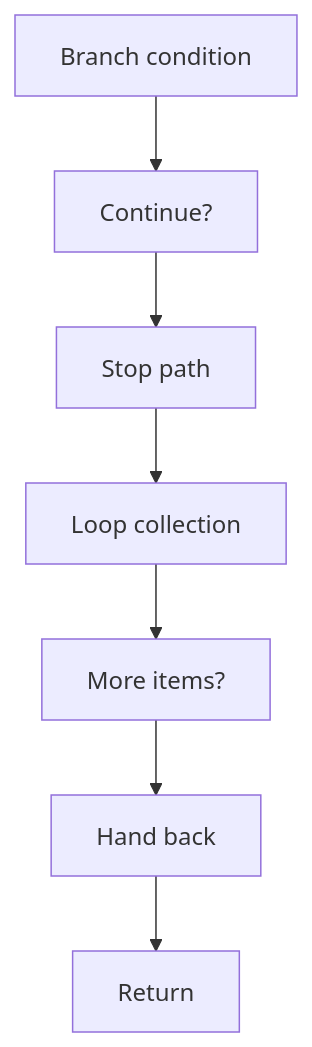
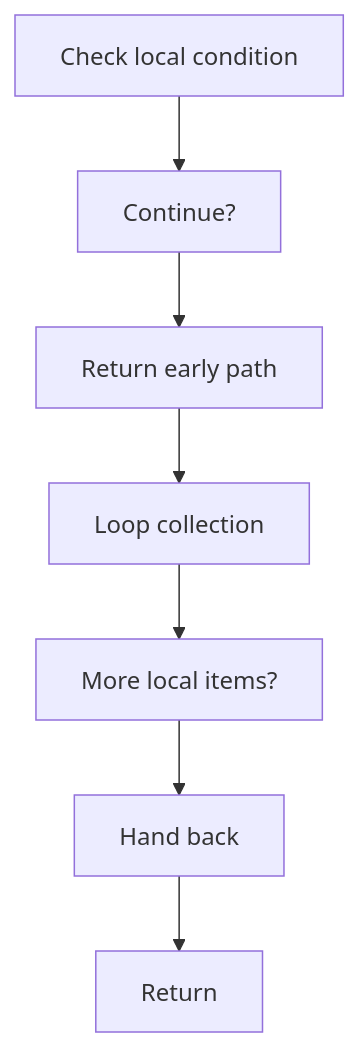
One commit to JohnAndrewBalbarosa/NeoTerritory changed the second of 2 diagrams in docs/Codebase/Infrastructure/session-orchestration/bootstrap_and_deploy/functions/remove_minikubeprofileartifacts.ps1.md. Above: the diagram before and after it, drawn with Mermaid. The commit also changed other lines of this file and 925 other files, not shown here.

````diff
--- a/docs/Codebase/Infrastructure/session-orchestration/bootstrap_and_deploy/functions/remove_minikubeprofileartifacts.ps1.md
+++ b/docs/Codebase/Infrastructure/session-orchestration/bootstrap_and_deploy/functions/remove_minikubeprofileartifacts.ps1.md
@@ -51,16 +51,16 @@
 ```mermaid
 flowchart TD
-    N0["Branch condition"]
+    N0["Check local condition"]
     N1["Continue?"]
-    N2["Stop path"]
+    N2["Return early path"]
     N3["Loop collection"]
-    N4["More items?"]
+    N4["More local items?"]
     N5["Hand back"]
     N6["Return"]
     N0 --> N1
     N1 --> N2
     N2 --> N3
     N3 --> N4
     N4 --> N5
     N5 --> N6
 ```
````
